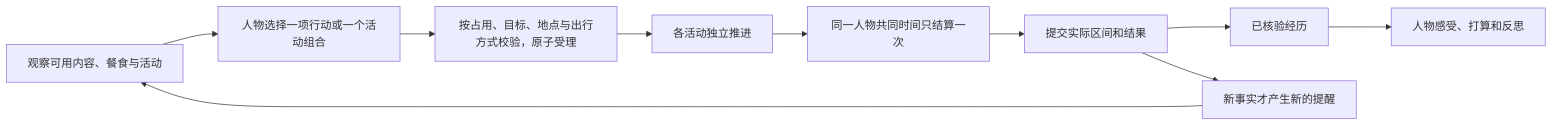
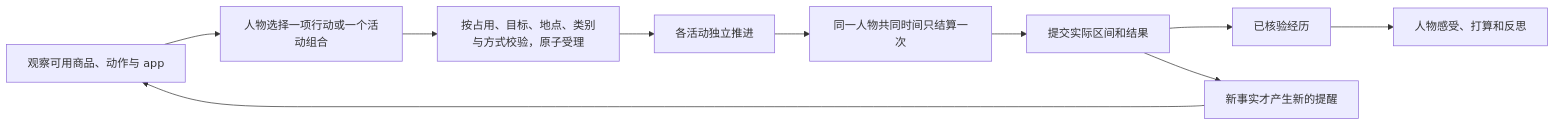
One commit to HoldThatThgt/WorldMock changed the diagram in docs/dev/SPEC-dayrun-behavior.md. Above: the diagram before and after it, drawn with Mermaid. The commit also changed other lines of this file and 43 other files, not shown here.

````diff
--- a/docs/dev/SPEC-dayrun-behavior.md
+++ b/docs/dev/SPEC-dayrun-behavior.md
@@ -32,12 +32,12 @@
 ```mermaid
 flowchart LR
-    O[观察可用内容、餐食与活动] --> A[人物选择一项行动或一个活动组合]
-    A --> C[按占用、目标、地点与出行方式校验，原子受理]
+    O[观察可用商品、动作与 app] --> A[人物选择一项行动或一个活动组合]
+    A --> C[按占用、目标、地点、类别与方式校验，原子受理]
     C --> P[各活动独立推进]
     P --> B[同一人物共同时间只结算一次]
     B --> E[提交实际区间和结果]
     E --> F[已核验经历]
     F --> M[人物感受、打算和反思]
     E --> W[新事实才产生新的提醒]
     W --> O
 ```
````
